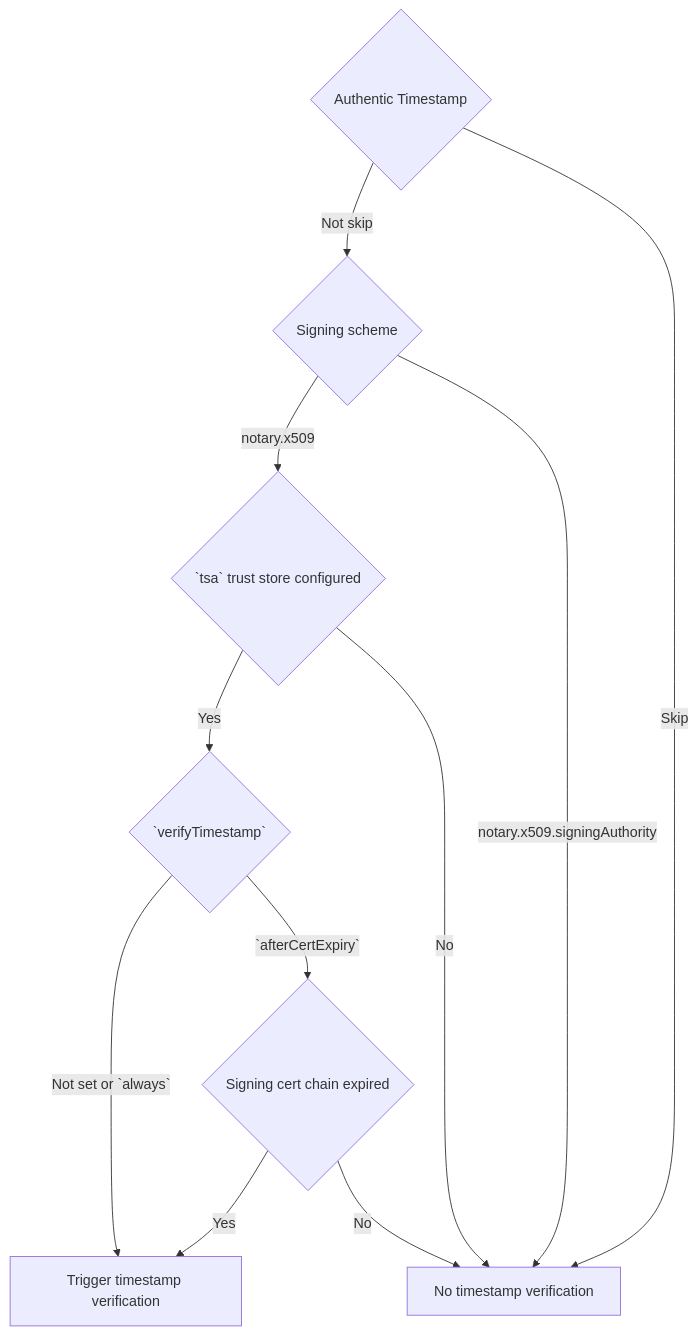
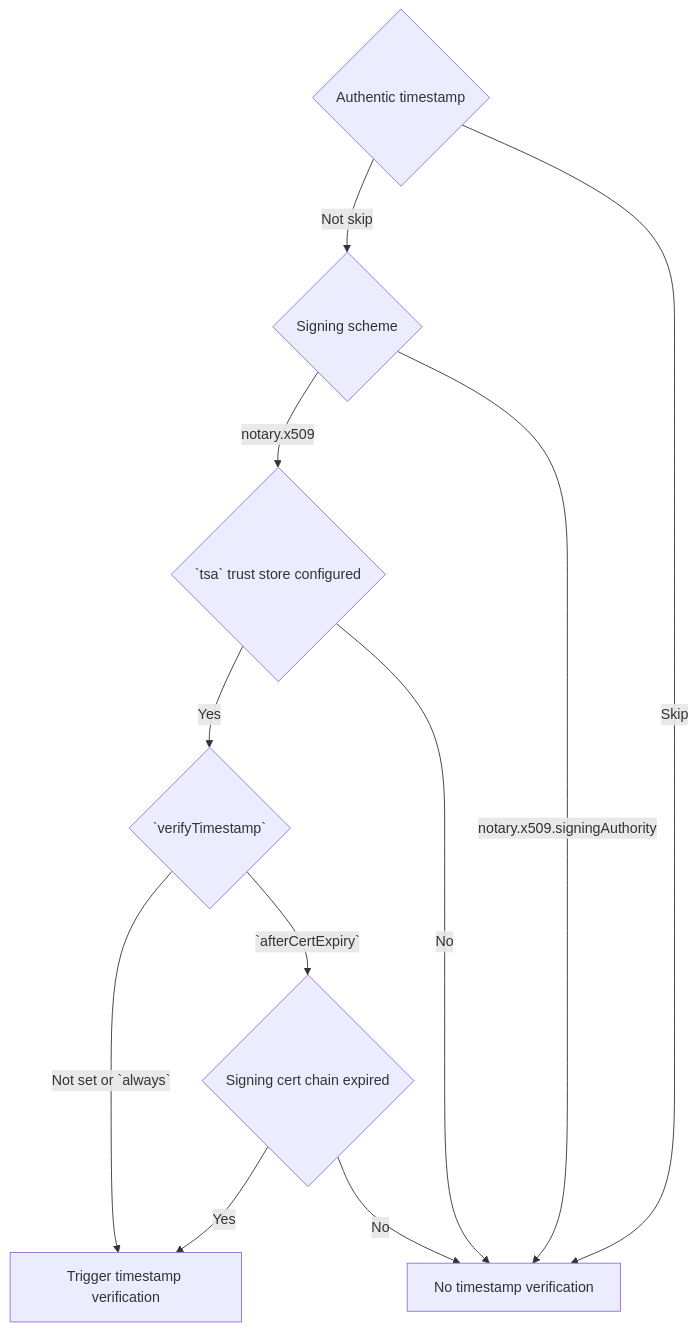
One commit to notaryproject/specifications changed the diagram in specs/trust-store-trust-policy.md. Above: the diagram before and after it, drawn with Mermaid. The commit also changed other lines of this file, not shown here.

````diff
--- a/specs/trust-store-trust-policy.md
+++ b/specs/trust-store-trust-policy.md
@@ -356,21 +356,21 @@
 ```mermaid
 flowchart TD;
-  A{Authentic Timestamp};
+  A{Authentic timestamp};
   B{Signing scheme}; 
   C{`tsa` trust store configured};
   D{`verifyTimestamp`};
   E{Signing cert chain expired};
   R1[Trigger timestamp verification];
   R2[No timestamp verification];
 
   A --> |Not skip| B
   A --> |Skip| R2
   B --> |notary.x509| C
   B --> |notary.x509.signingAuthority| R2
   C --> |Yes| D
   C --> |No| R2
   D --> |Not set or `always`| R1
   D --> |`afterCertExpiry`| E
   E --> |Yes| R1
   E --> |No| R2
 ```   
````
